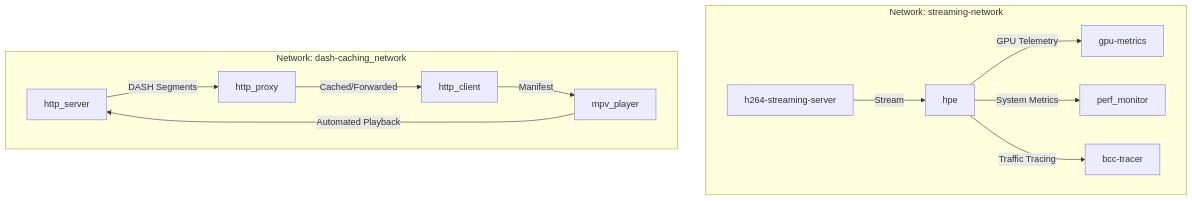
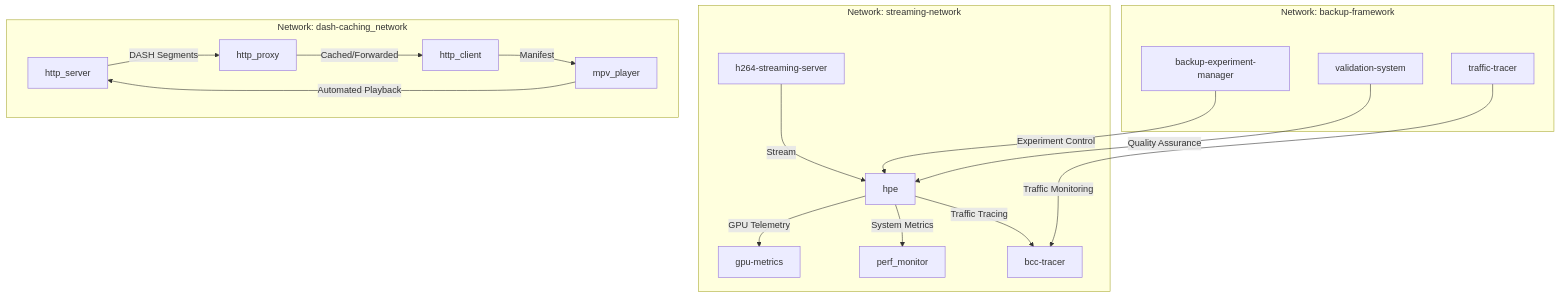
The second of 3 diagrams in .qoder/repowiki/en/content/Deployment Infrastructure/Containerization and Docker Configuration.md (Fogus-Gr/MeasurementsDTs), drawn with Mermaid before and after one commit. The commit also changed other lines of this file and 11 other files, not shown here.

````diff
--- a/.qoder/repowiki/en/content/Deployment Infrastructure/Containerization and Docker Configuration.md
+++ b/.qoder/repowiki/en/content/Deployment Infrastructure/Containerization and Docker Configuration.md
@@ -175,24 +203,32 @@
 ```mermaid
 graph TB
 subgraph "Network: streaming-network"
 S["h264-streaming-server"]
 H["hpe"]
 G["gpu-metrics"]
 P["perf_monitor"]
 T["bcc-tracer"]
+end
+subgraph "Network: backup-framework"
+BE["backup-experiment-manager"]
+BV["validation-system"]
+BT["traffic-tracer"]
 end
 subgraph "Network: dash-caching_network"
 DS["http_server"]
 DP["http_proxy"]
 DC["http_client"]
 DM["mpv_player"]
 end
 S --> |"Stream"| H
 H --> |"GPU Telemetry"| G
 H --> |"System Metrics"| P
 H --> |"Traffic Tracing"| T
+BE --> |"Experiment Control"| H
+BV --> |"Quality Assurance"| H
+BT --> |"Traffic Monitoring"| T
 DS --> |"DASH Segments"| DP
 DP --> |"Cached/Forwarded"| DC
 DC --> |"Manifest"| DM
 DM --> |"Automated Playback"| DS
 ```
````
